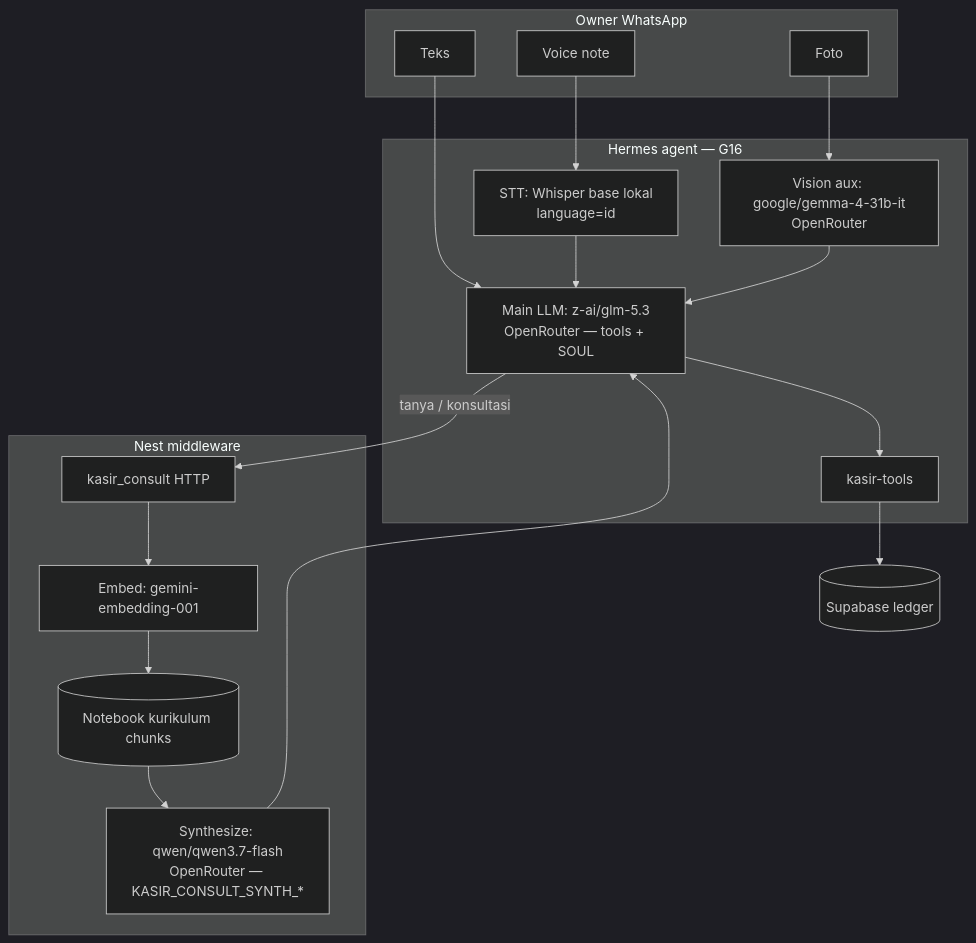
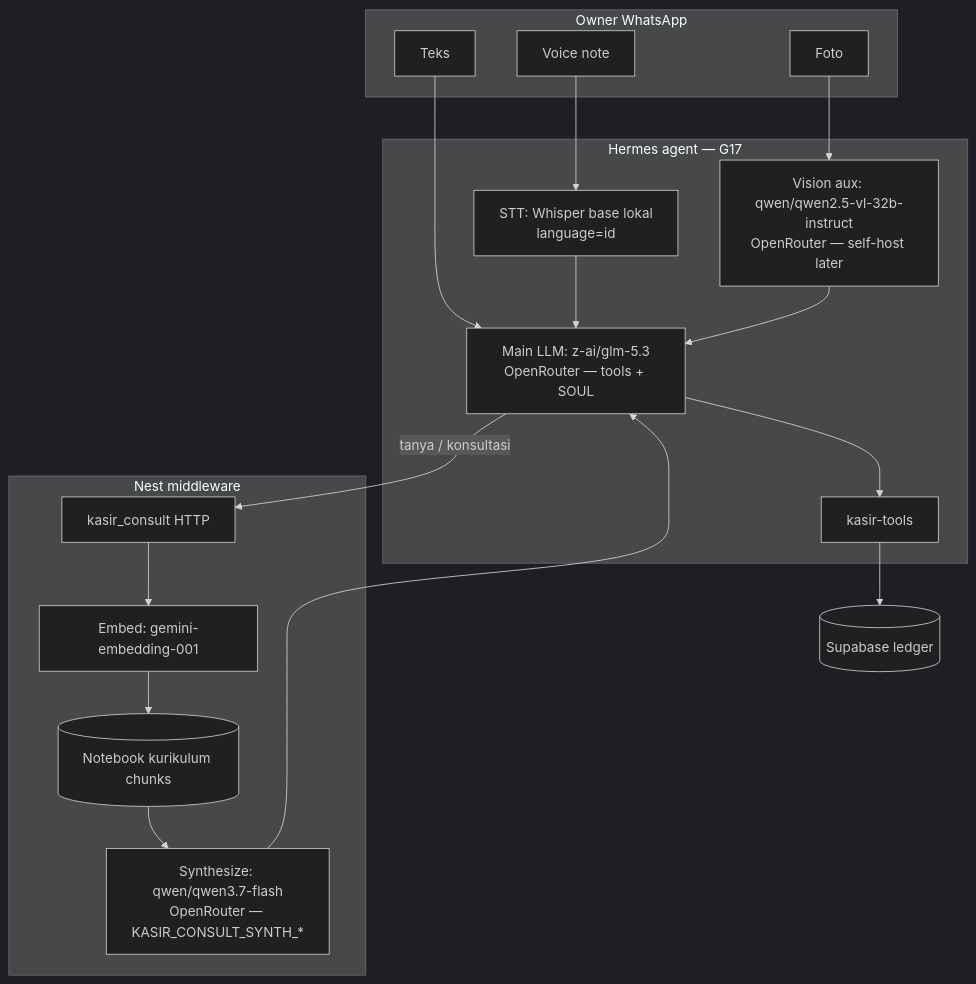
One commit to nusantarasoft/juragan-aibuilder-cup changed the diagram in diagrams/aistudio/umkm-wa/system/L10-model-stack.mmd. Above: the diagram before and after it, drawn with Mermaid (dark theme). The commit also changed 11 other files, not shown here.

First line of the commit message:
feat(kasir): switch vision to Qwen2.5-VL 32B for OCR + self-host path

```diff
--- a/diagrams/aistudio/umkm-wa/system/L10-model-stack.mmd
+++ b/diagrams/aistudio/umkm-wa/system/L10-model-stack.mmd
@@ -1,32 +1,32 @@
 %% System L10: model stack — which LLM/STT does which job (eng/ops)
 %% Sales-facing flows stay on L0*; this chart is cost/lock reference
 flowchart TB
   subgraph WA[Owner WhatsApp]
     T[Teks]
     V[Voice note]
     P[Foto]
   end
 
-  subgraph Hermes[Hermes agent — G16]
+  subgraph Hermes[Hermes agent — G17]
     STT[STT: Whisper base lokal<br/>language=id]
-    VIS[Vision aux: google/gemma-4-31b-it<br/>OpenRouter]
+    VIS[Vision aux: qwen/qwen2.5-vl-32b-instruct<br/>OpenRouter — self-host later]
     MAIN[Main LLM: z-ai/glm-5.3<br/>OpenRouter — tools + SOUL]
     TOOLS[kasir-tools]
   end
 
   subgraph Nest[Nest middleware]
     CONS[kasir_consult HTTP]
     EMB[Embed: gemini-embedding-001]
     SYN[Synthesize: qwen/qwen3.7-flash<br/>OpenRouter — KASIR_CONSULT_SYNTH_*]
     NB[(Notebook kurikulum chunks)]
   end
 
   T --> MAIN
   V --> STT --> MAIN
   P --> VIS --> MAIN
   MAIN --> TOOLS
   MAIN -->|tanya / konsultasi| CONS
   CONS --> EMB --> NB
   NB --> SYN
   SYN --> MAIN
   TOOLS --> DB[(Supabase ledger)]
```
